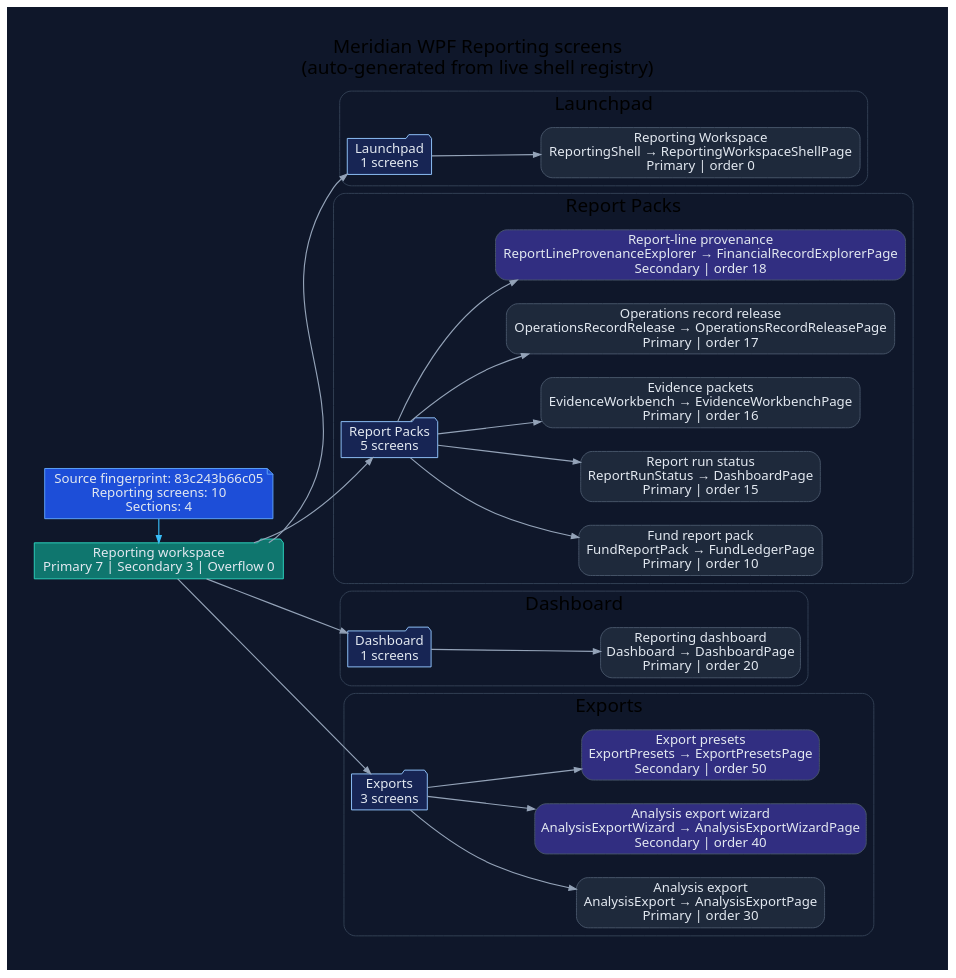
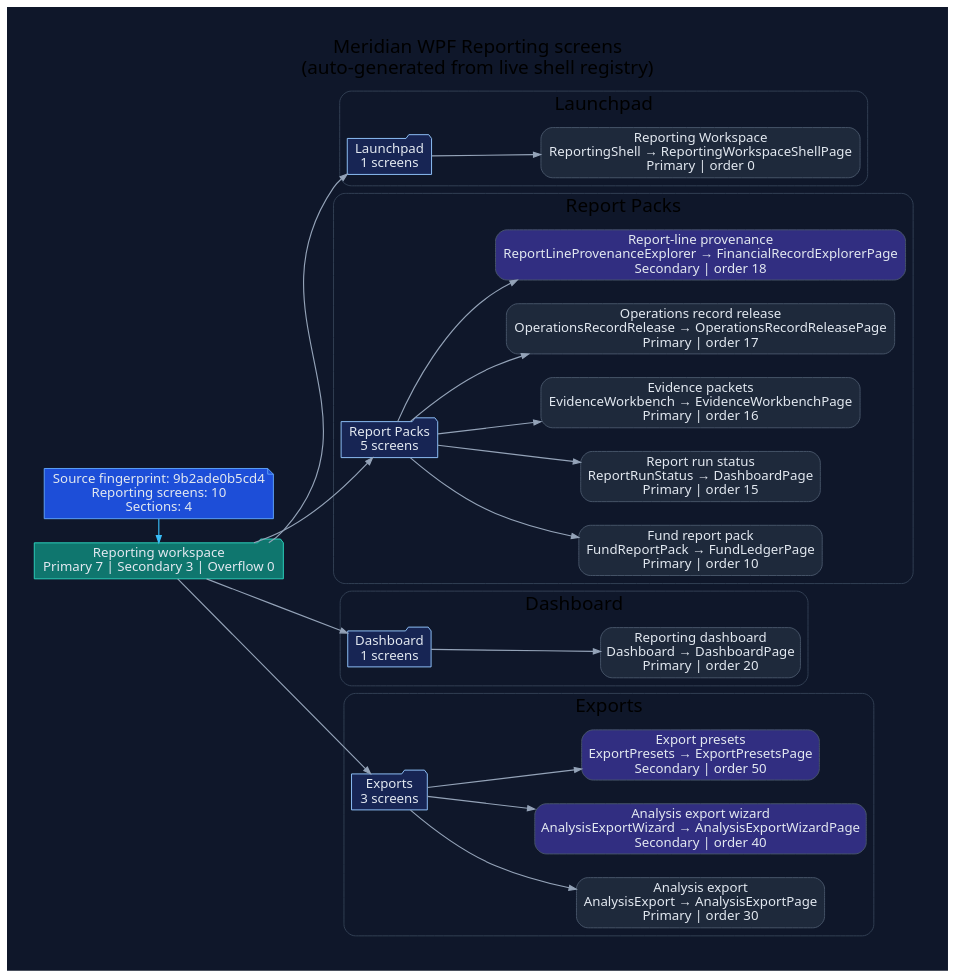
The diagram in docs/diagrams/ui/ui-wpf-screens-reporting.dot (rodoHasArrived/Meridian-main), drawn with Graphviz before and after one commit. The commit also changed 50 other files, not shown here.

```diff
--- a/docs/diagrams/ui/ui-wpf-screens-reporting.dot
+++ b/docs/diagrams/ui/ui-wpf-screens-reporting.dot
@@ -1,78 +1,78 @@
 // -----------------------------------------------------------------------------
 // <auto-generated>
 // Generated by scripts/generate-diagrams.mjs.
 // Do not edit this file directly; update the WPF source files instead.
 // -----------------------------------------------------------------------------
 digraph WpfReportingScreens {
   graph [
     rankdir=LR,
     labelloc=t,
     label="Meridian WPF Reporting screens\n(auto-generated from live shell registry)",
     fontname="Segoe UI",
     fontsize=20,
     pad=0.4,
     nodesep=0.35,
     ranksep=0.85,
     bgcolor="#0f172a"
   ];
   node [fontname="Segoe UI", shape=box, style="rounded,filled", color="#475569", fontcolor="#e2e8f0", fillcolor="#1e293b"];
   edge [fontname="Segoe UI", color="#94a3b8", penwidth=1.2, arrowsize=0.75];
 
-  generated [shape=note, fillcolor="#1d4ed8", color="#60a5fa", label="Source fingerprint: 83c243b66c05\nReporting screens: 10\nSections: 4"];
+  generated [shape=note, fillcolor="#1d4ed8", color="#60a5fa", label="Source fingerprint: 9b2ade0b5cd4\nReporting screens: 10\nSections: 4"];
   workspace [shape=folder, fillcolor="#0f766e", color="#2dd4bf", label="Reporting workspace\nPrimary 7 | Secondary 3 | Overflow 0"];
   generated -> workspace [color="#38bdf8"];
 
   subgraph cluster_section_1 {
     label="Launchpad";
     color="#334155";
     style="rounded";
     section_1 [shape=folder, fillcolor="#172554", color="#93c5fd", label="Launchpad\n1 screens"];
     workspace -> section_1;
     screen_ReportingShell [fillcolor="#1e293b", label="Reporting Workspace\nReportingShell → ReportingWorkspaceShellPage\nPrimary | order 0"];
     section_1 -> screen_ReportingShell;
   }
 
   subgraph cluster_section_2 {
     label="Report Packs";
     color="#334155";
     style="rounded";
     section_2 [shape=folder, fillcolor="#172554", color="#93c5fd", label="Report Packs\n5 screens"];
     workspace -> section_2;
     screen_FundReportPack [fillcolor="#1e293b", label="Fund report pack\nFundReportPack → FundLedgerPage\nPrimary | order 10"];
     section_2 -> screen_FundReportPack;
     screen_ReportRunStatus [fillcolor="#1e293b", label="Report run status\nReportRunStatus → DashboardPage\nPrimary | order 15"];
     section_2 -> screen_ReportRunStatus;
     screen_EvidenceWorkbench [fillcolor="#1e293b", label="Evidence packets\nEvidenceWorkbench → EvidenceWorkbenchPage\nPrimary | order 16"];
     section_2 -> screen_EvidenceWorkbench;
     screen_OperationsRecordRelease [fillcolor="#1e293b", label="Operations record release\nOperationsRecordRelease → OperationsRecordReleasePage\nPrimary | order 17"];
     section_2 -> screen_OperationsRecordRelease;
     screen_ReportLineProvenanceExplorer [fillcolor="#312e81", label="Report-line provenance\nReportLineProvenanceExplorer → FinancialRecordExplorerPage\nSecondary | order 18"];
     section_2 -> screen_ReportLineProvenanceExplorer;
   }
 
   subgraph cluster_section_3 {
     label="Dashboard";
     color="#334155";
     style="rounded";
     section_3 [shape=folder, fillcolor="#172554", color="#93c5fd", label="Dashboard\n1 screens"];
     workspace -> section_3;
     screen_Dashboard [fillcolor="#1e293b", label="Reporting dashboard\nDashboard → DashboardPage\nPrimary | order 20"];
     section_3 -> screen_Dashboard;
   }
 
   subgraph cluster_section_4 {
     label="Exports";
     color="#334155";
     style="rounded";
     section_4 [shape=folder, fillcolor="#172554", color="#93c5fd", label="Exports\n3 screens"];
     workspace -> section_4;
     screen_AnalysisExport [fillcolor="#1e293b", label="Analysis export\nAnalysisExport → AnalysisExportPage\nPrimary | order 30"];
     section_4 -> screen_AnalysisExport;
     screen_AnalysisExportWizard [fillcolor="#312e81", label="Analysis export wizard\nAnalysisExportWizard → AnalysisExportWizardPage\nSecondary | order 40"];
     section_4 -> screen_AnalysisExportWizard;
     screen_ExportPresets [fillcolor="#312e81", label="Export presets\nExportPresets → ExportPresetsPage\nSecondary | order 50"];
     section_4 -> screen_ExportPresets;
   }
 
   { rank=min; generated; workspace; }
 }
```
